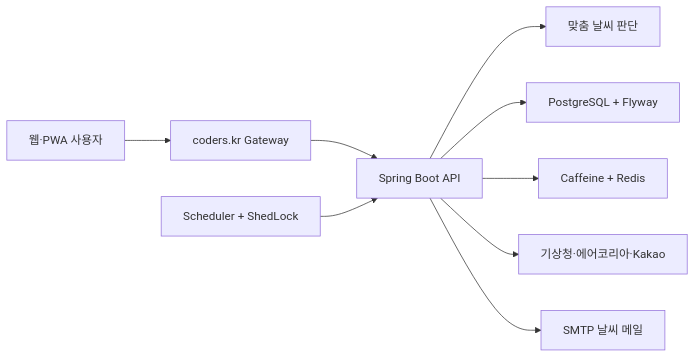
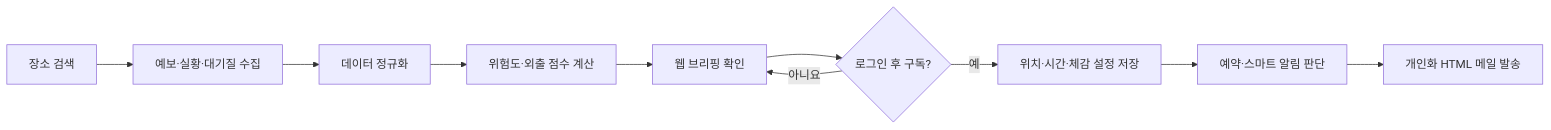
Before and after one commit to boclair98/Weather: the first of 2 diagrams in README.md, drawn with Mermaid. The commit also changed other lines of this file, not shown here.

````diff
--- a/README.md
+++ b/README.md
@@ -136,11 +87,12 @@
 ```mermaid
 flowchart LR
-    U["웹·PWA 사용자"] --> G["coders.kr Gateway"]
-    G --> A["Spring Boot API"]
-    A --> D["맞춤 날씨 판단"]
-    A --> DB["PostgreSQL + Flyway"]
-    A --> C["Caffeine + Redis"]
-    A --> K["기상청·에어코리아·Kakao"]
-    SCH["Scheduler + ShedLock"] --> A
-    A --> M["SMTP 날씨 메일"]
+    A["장소 검색"] --> B["예보·실황·대기질 수집"]
+    B --> C["데이터 정규화"]
+    C --> D["위험도·외출 점수 계산"]
+    D --> E["웹 브리핑 확인"]
+    E --> F{"로그인 후 구독?"}
+    F -- "아니요" --> E
+    F -- "예" --> G["위치·시간·체감 설정 저장"]
+    G --> H["예약·스마트 알림 판단"]
+    H --> I["개인화 HTML 메일 발송"]
 ```
````
